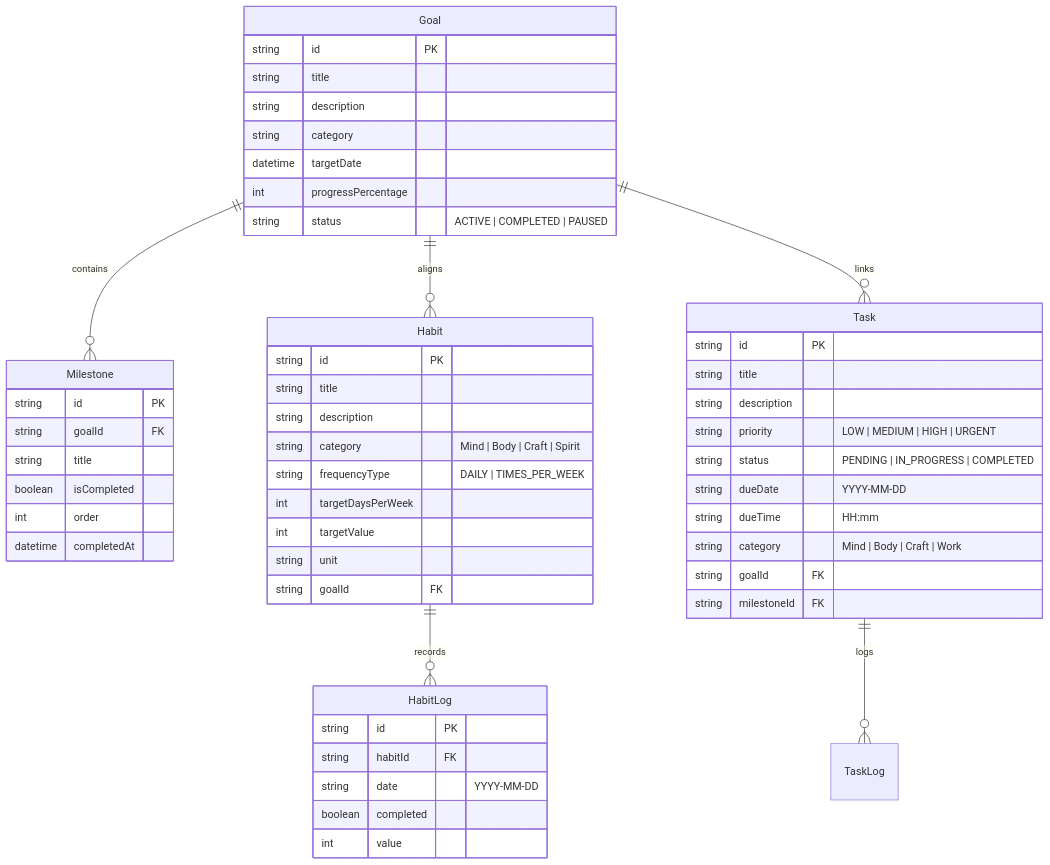
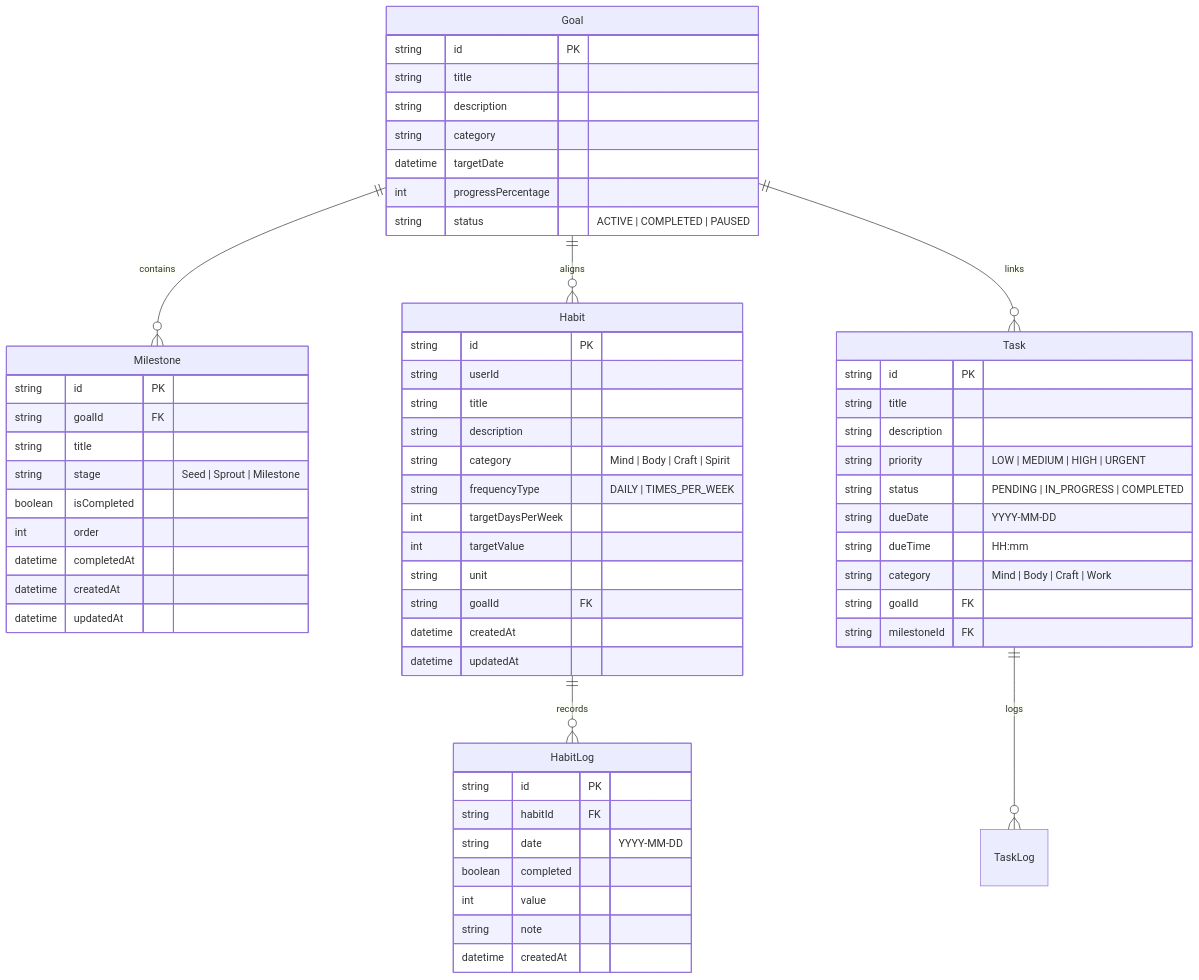
The diagram in notes/03_Architecture_and_Data_Model.md (SamamaKarim092/the-rooted-project), drawn with Mermaid before and after one commit. The commit also changed 55 other files, not shown here.

````diff
--- a/notes/03_Architecture_and_Data_Model.md
+++ b/notes/03_Architecture_and_Data_Model.md
@@ -62,60 +62,68 @@
 ```mermaid
 erDiagram
     Goal ||--o{ Milestone : contains
     Goal ||--o{ Habit : aligns
     Goal ||--o{ Task : links
     Habit ||--o{ HabitLog : records
     Task ||--o{ TaskLog : logs
 
     Goal {
         string id PK
         string title
         string description
         string category
         datetime targetDate
         int progressPercentage
         string status "ACTIVE | COMPLETED | PAUSED"
     }
 
     Milestone {
         string id PK
         string goalId FK
         string title
+        string stage "Seed | Sprout | Milestone"
         boolean isCompleted
         int order
         datetime completedAt
+        datetime createdAt
+        datetime updatedAt
     }
 
     Habit {
         string id PK
+        string userId
         string title
         string description
         string category "Mind | Body | Craft | Spirit"
         string frequencyType "DAILY | TIMES_PER_WEEK"
         int targetDaysPerWeek
         int targetValue
         string unit
         string goalId FK
+        datetime createdAt
+        datetime updatedAt
     }
 
     HabitLog {
         string id PK
         string habitId FK
         string date "YYYY-MM-DD"
         boolean completed
         int value
+        string note
+        datetime createdAt
     }
 
     Task {
         string id PK
         string title
         string description
         string priority "LOW | MEDIUM | HIGH | URGENT"
         string status "PENDING | IN_PROGRESS | COMPLETED"
         string dueDate "YYYY-MM-DD"
         string dueTime "HH:mm"
         string category "Mind | Body | Craft | Work"
         string goalId FK
         string milestoneId FK
     }
 ```
````
